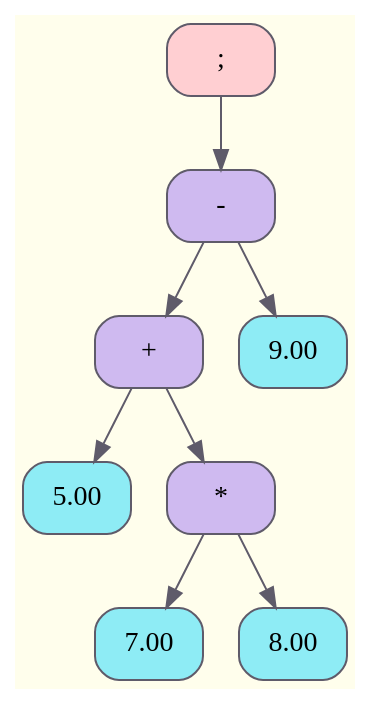
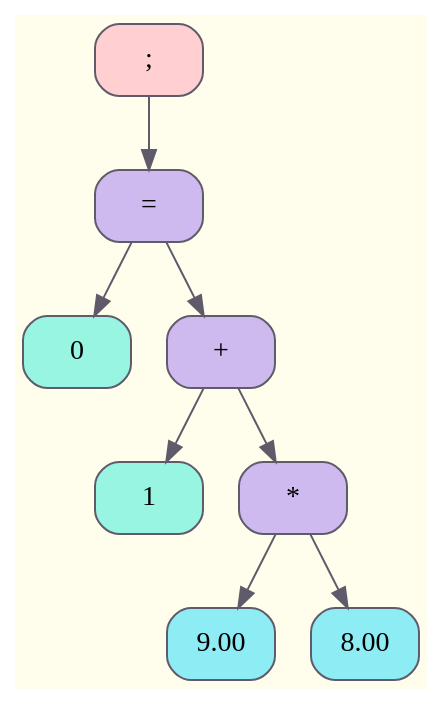
One commit to ksshkh/language changed the diagram in debug/tree.dot. Above: the diagram before and after it, drawn with Graphviz. The commit also changed 8 other files, not shown here.

```diff
--- a/debug/tree.dot
+++ b/debug/tree.dot
@@ -1,21 +1,21 @@
 digraph Tree {
 	rankdir = TB;
 	node [shape = record];
 	edge [color = "#5F5B6A"];
 	bgcolor = "#FFFEEC";
-	node0x5ef0ca051780 [color = "#5F5B6A", shape = Mrecord, style = filled, fillcolor = "#FFCFD2", label = "{;}"];
-		node0x5ef0ca051780 -> node0x5ef0ca0517b0
-	node0x5ef0ca0517b0 [color = "#5F5B6A", shape = Mrecord, style = filled, fillcolor = "#CFBAF0", label = "{-}"];
-		node0x5ef0ca0517b0 -> node0x5ef0ca0517e0
-	node0x5ef0ca0517e0 [color = "#5F5B6A", shape = Mrecord, style = filled, fillcolor = "#CFBAF0", label = "{+}"];
-		node0x5ef0ca0517e0 -> node0x5ef0ca051810
-	node0x5ef0ca051810 [color = "#5F5B6A", shape = Mrecord, style = filled, fillcolor = "#8EECF5", label = "{5.00}"];
-		node0x5ef0ca0517e0 -> node0x5ef0ca051840
-	node0x5ef0ca051840 [color = "#5F5B6A", shape = Mrecord, style = filled, fillcolor = "#CFBAF0", label = "{*}"];
-		node0x5ef0ca051840 -> node0x5ef0ca051870
-	node0x5ef0ca051870 [color = "#5F5B6A", shape = Mrecord, style = filled, fillcolor = "#8EECF5", label = "{7.00}"];
-		node0x5ef0ca051840 -> node0x5ef0ca0518a0
-	node0x5ef0ca0518a0 [color = "#5F5B6A", shape = Mrecord, style = filled, fillcolor = "#8EECF5", label = "{8.00}"];
-		node0x5ef0ca0517b0 -> node0x5ef0ca0518d0
-	node0x5ef0ca0518d0 [color = "#5F5B6A", shape = Mrecord, style = filled, fillcolor = "#8EECF5", label = "{9.00}"];
+	node0x5e495266f750 [color = "#5F5B6A", shape = Mrecord, style = filled, fillcolor = "#FFCFD2", label = "{;}"];
+		node0x5e495266f750 -> node0x5e495266f780
+	node0x5e495266f780 [color = "#5F5B6A", shape = Mrecord, style = filled, fillcolor = "#CFBAF0", label = "{=}"];
+		node0x5e495266f780 -> node0x5e495266f7b0
+	node0x5e495266f7b0 [color = "#5F5B6A", shape = Mrecord, style = filled, fillcolor = "#98F5E1", label = "{0}"];
+		node0x5e495266f780 -> node0x5e495266f7e0
+	node0x5e495266f7e0 [color = "#5F5B6A", shape = Mrecord, style = filled, fillcolor = "#CFBAF0", label = "{+}"];
+		node0x5e495266f7e0 -> node0x5e495266f810
+	node0x5e495266f810 [color = "#5F5B6A", shape = Mrecord, style = filled, fillcolor = "#98F5E1", label = "{1}"];
+		node0x5e495266f7e0 -> node0x5e495266f840
+	node0x5e495266f840 [color = "#5F5B6A", shape = Mrecord, style = filled, fillcolor = "#CFBAF0", label = "{*}"];
+		node0x5e495266f840 -> node0x5e495266f870
+	node0x5e495266f870 [color = "#5F5B6A", shape = Mrecord, style = filled, fillcolor = "#8EECF5", label = "{9.00}"];
+		node0x5e495266f840 -> node0x5e495266f8a0
+	node0x5e495266f8a0 [color = "#5F5B6A", shape = Mrecord, style = filled, fillcolor = "#8EECF5", label = "{8.00}"];
 }
```
